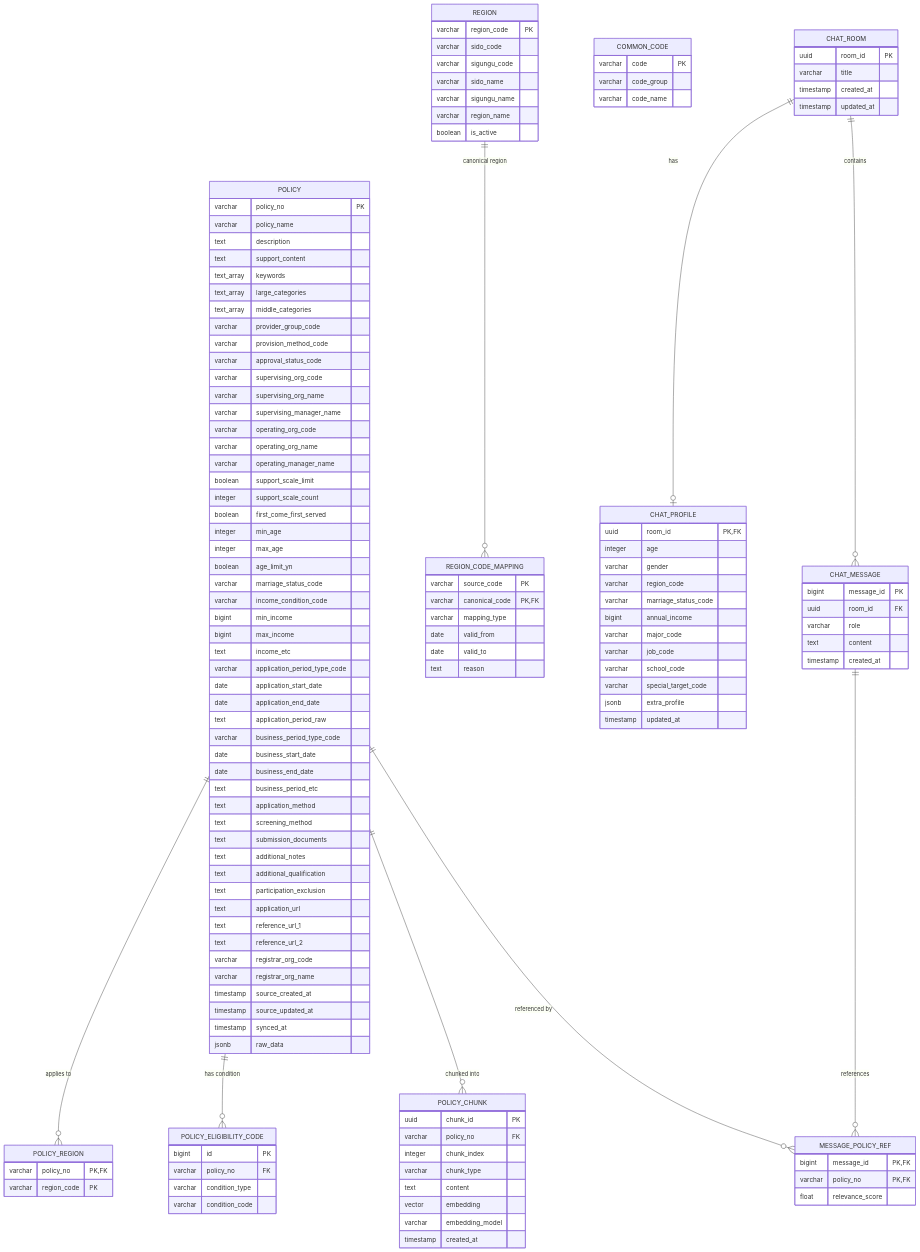
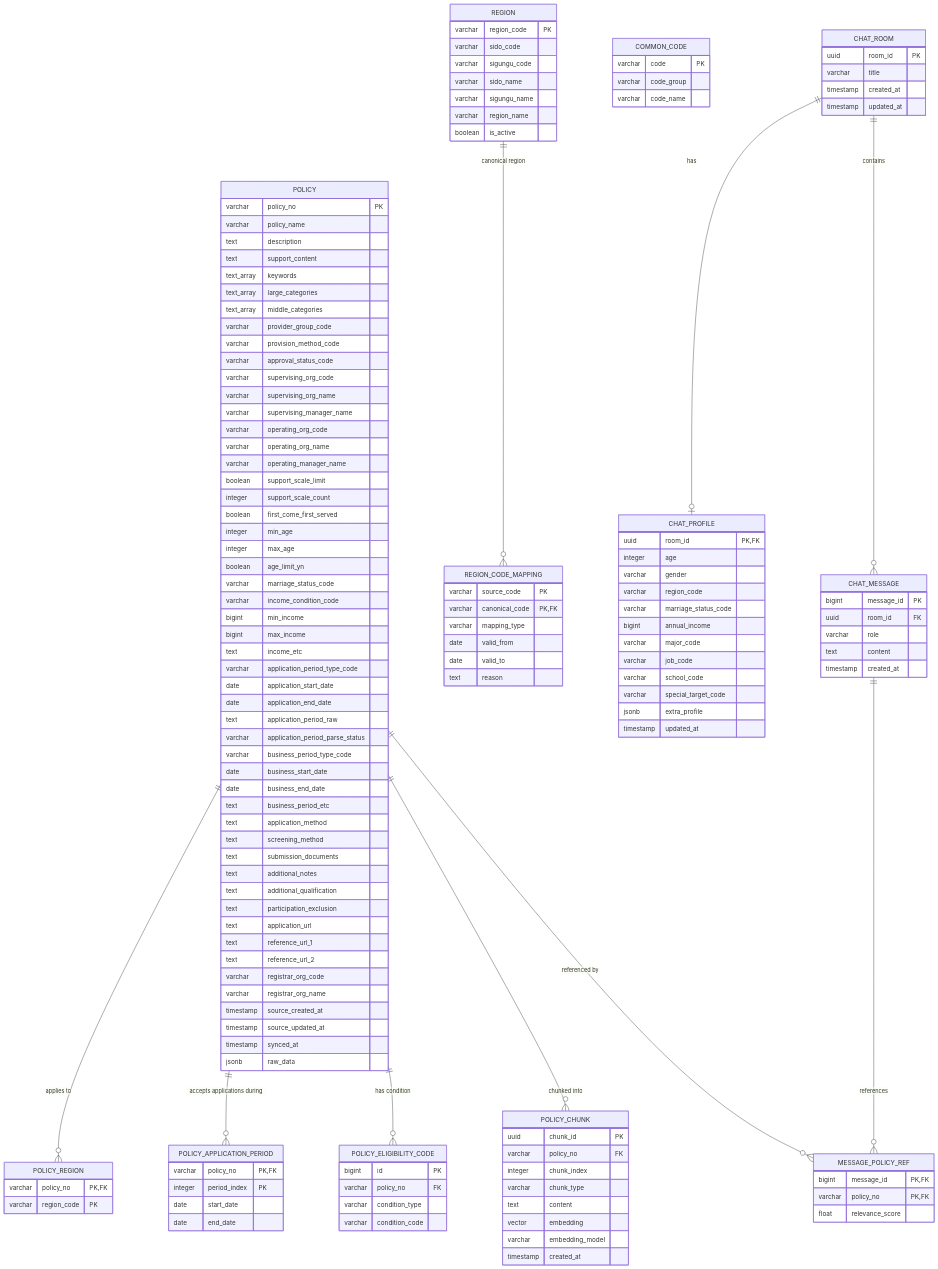
One commit to inha-youthlink/youthlink-data-pipeline changed the first of 3 diagrams in docs/erd.md. Above: the diagram before and after it, drawn with Mermaid. The commit also changed other lines of this file and 23 other files, not shown here.

```diff
--- a/docs/erd.md
+++ b/docs/erd.md
@@ -44,6 +44,7 @@
         date application_start_date
         date application_end_date
         text application_period_raw
+        varchar application_period_parse_status
 
         varchar business_period_type_code
         date business_start_date
@@ -74,6 +75,13 @@
     POLICY_REGION {
         varchar policy_no PK,FK
         varchar region_code PK
+    }
+
+    POLICY_APPLICATION_PERIOD {
+        varchar policy_no PK,FK
+        integer period_index PK
+        date start_date
+        date end_date
     }
 
     REGION {
@@ -156,6 +164,7 @@
     }
 
     POLICY ||--o{ POLICY_REGION : "applies to"
+    POLICY ||--o{ POLICY_APPLICATION_PERIOD : "accepts applications during"
     REGION ||--o{ REGION_CODE_MAPPING : "canonical region"
     POLICY ||--o{ POLICY_ELIGIBILITY_CODE : "has condition"
     POLICY ||--o{ POLICY_CHUNK : "chunked into"
```
